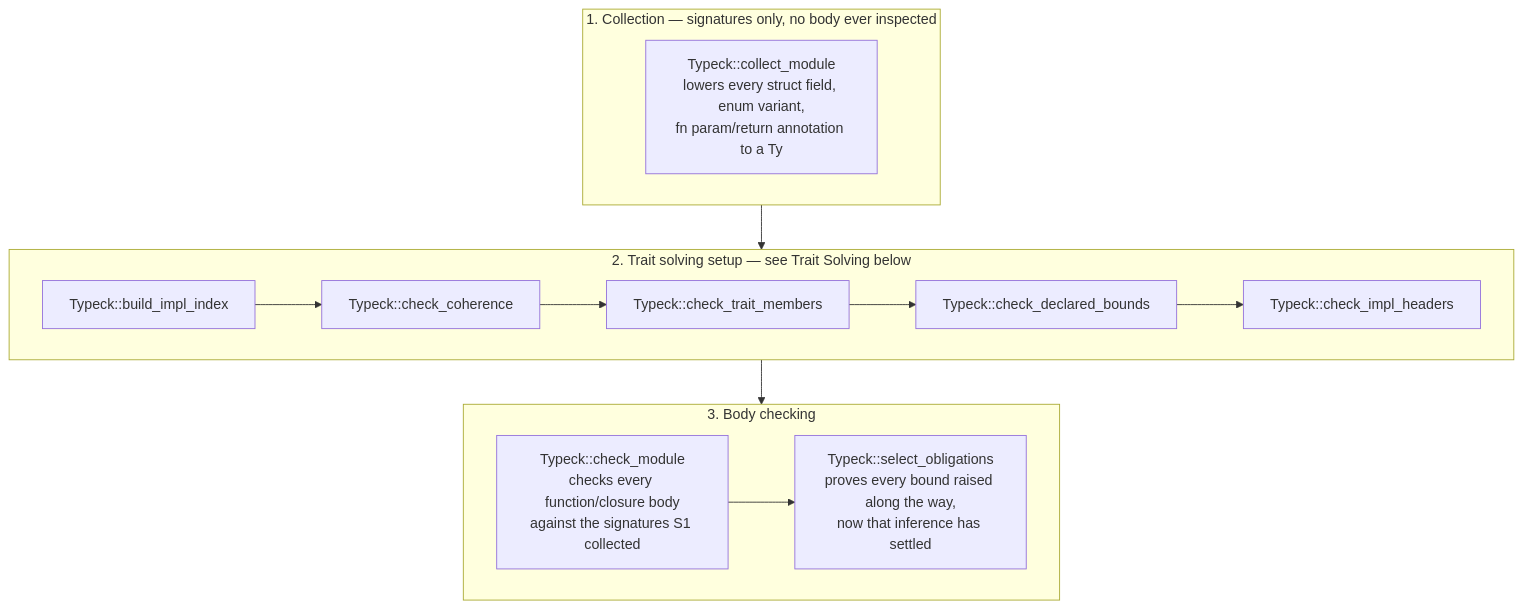
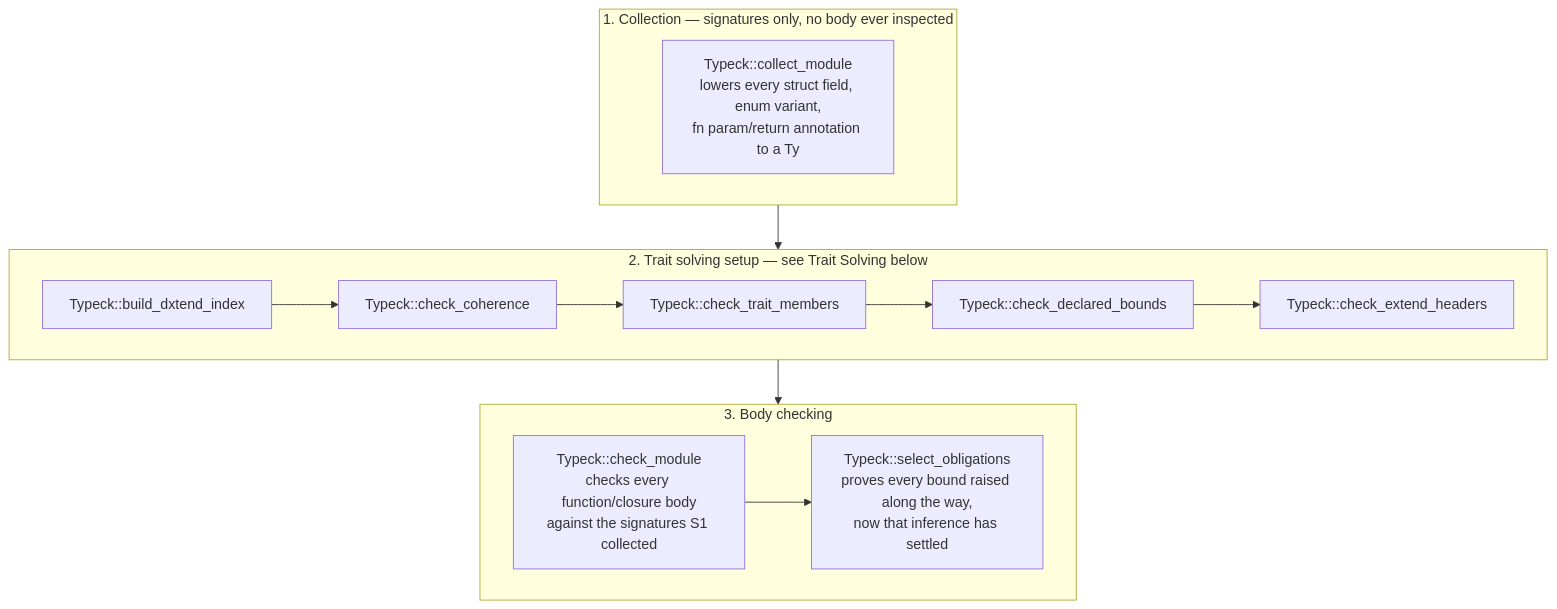
The fifth of 6 diagrams in docs/architecture.md (jamesfang87/Phi-Programming-Lang), drawn with Mermaid before and after one commit. The commit also changed other lines of this file, not shown here.

Commit message:
Update architecture documentation with detailed sections about trait solving

````diff
--- a/docs/architecture.md
+++ b/docs/architecture.md
@@ -504,23 +504,23 @@
 ```mermaid
 flowchart TD
     subgraph S1["1. Collection — signatures only, no body ever inspected"]
         Collect["Typeck::collect_module<br>lowers every struct field, enum variant,<br>fn param/return annotation to a Ty"]
     end
 
     subgraph S2["2. Trait solving setup — see Trait Solving below"]
-        Impls["Typeck::build_impl_index"]
+        Impls["Typeck::build_dxtend_index"]
         Coherence["Typeck::check_coherence"]
         Members["Typeck::check_trait_members"]
         Bounds["Typeck::check_declared_bounds"]
-        Headers["Typeck::check_impl_headers"]
+        Headers["Typeck::check_extend_headers"]
         Impls --> Coherence --> Members --> Bounds --> Headers
     end
 
     subgraph S3["3. Body checking"]
         CheckBodies["Typeck::check_module<br>checks every function/closure body<br>against the signatures S1 collected"]
         Obligations["Typeck::select_obligations<br>proves every bound raised along the way,<br>now that inference has settled"]
         CheckBodies --> Obligations
     end
 
     S1 --> S2 --> S3
 ```
````
